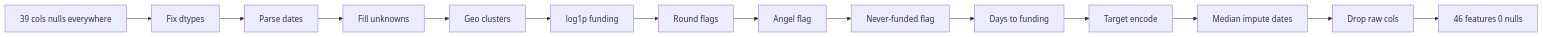
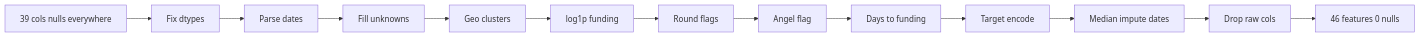
The fourth of 5 diagrams in PROJECT_STORY_v2.md (Tzvia1/DS-ml-project), drawn with Mermaid before and after one commit. The commit also changed other lines of this file and 45 other files, not shown here.

````diff
--- a/PROJECT_STORY_v2.md
+++ b/PROJECT_STORY_v2.md
@@ -84,8 +84,8 @@
 ```mermaid
 flowchart LR
     IN["39 cols nulls everywhere"] --> P1["Fix dtypes"] --> P2["Parse dates"] --> P3["Fill unknowns"]
     P3 --> P4["Geo clusters"] --> P5["log1p funding"] --> P6["Round flags"]
-    P6 --> P7["Angel flag"] --> P8["Never-funded flag"] --> P9["Days to funding"]
-    P9 --> P10["Target encode"] --> P11["Median impute dates"] --> P12["Drop raw cols"]
-    P12 --> OUT["46 features 0 nulls"]
+    P6 --> P7["Angel flag"]  --> P8["Days to funding"]
+    P8 --> P9["Target encode"] --> P10["Median impute dates"] --> P11["Drop raw cols"]
+    P11 --> OUT["46 features 0 nulls"]
 ```
````
